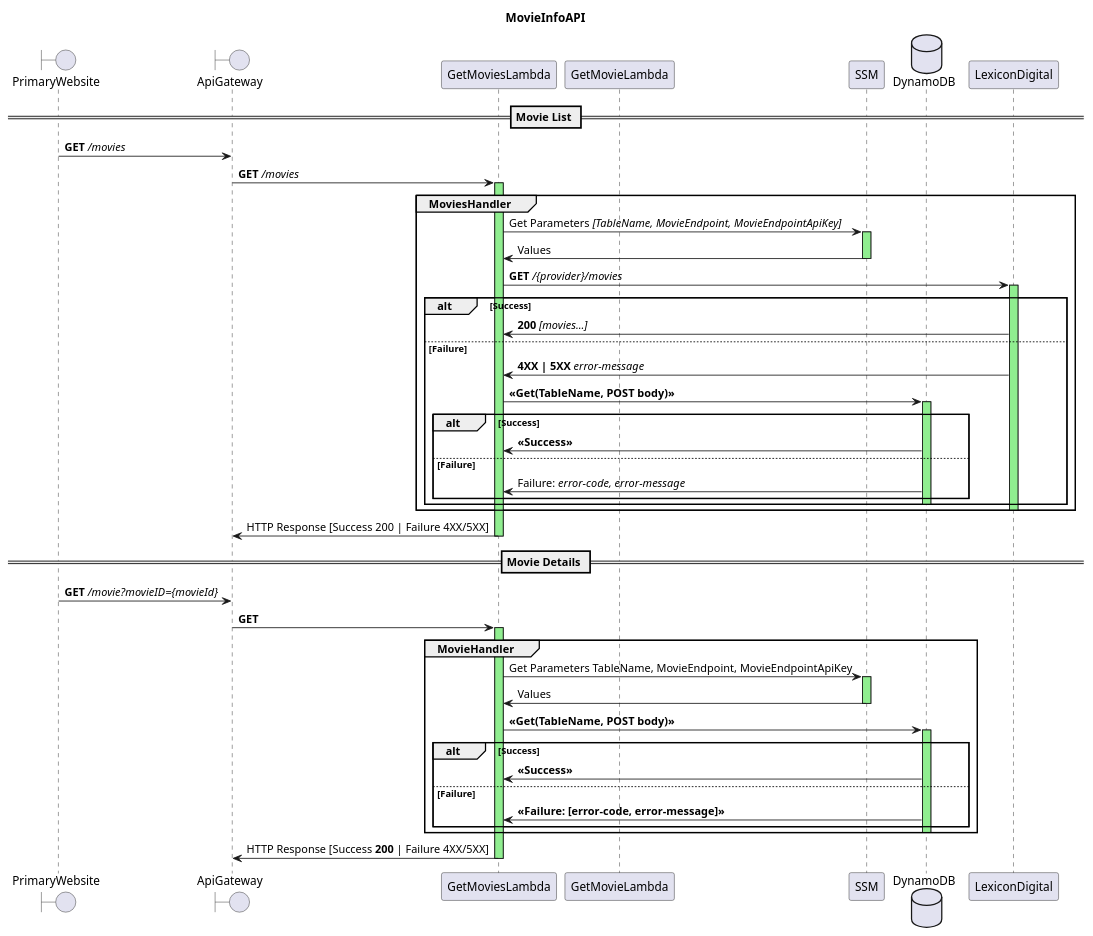
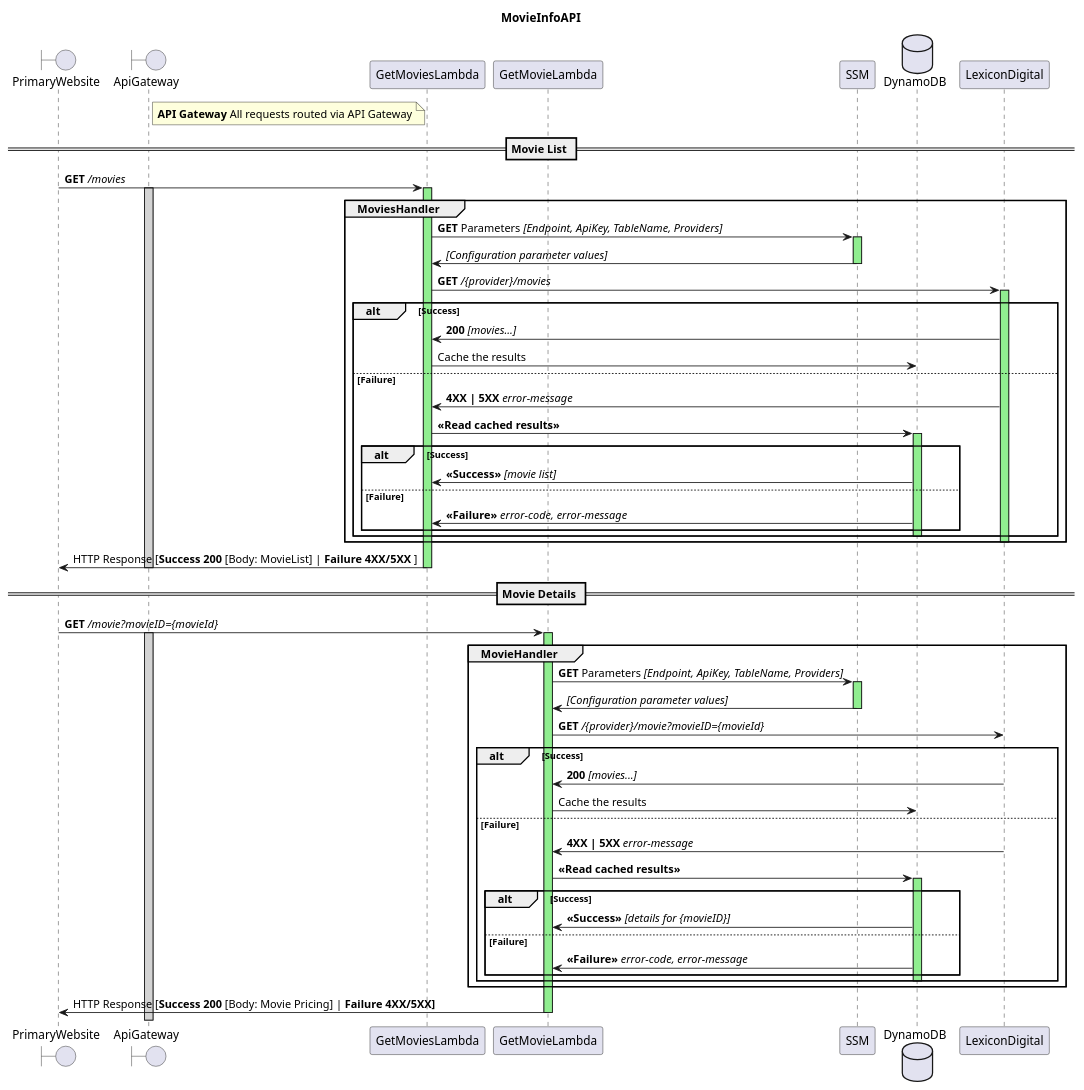
The diagram in sequence-diagram.puml (stephram/movie-info), drawn with PlantUML before and after one commit. The commit also changed 5 other files, not shown here.

```diff
--- a/sequence-diagram.puml
+++ b/sequence-diagram.puml
@@ -1,71 +1,82 @@
-@startuml get-movie-data-diagram
+@startuml sequence-diagram
 
 title MovieInfoAPI
 
 skinparam BoxPadding 50
 
 boundary PrimaryWebsite
 boundary ApiGateway
 participant GetMoviesLambda
 participant GetMovieLambda
 participant SSM
 database DynamoDB
 participant LexiconDigital
 
+note right of ApiGateway 
+**API Gateway** All requests routed via API Gateway
+end note
+
 == Movie List ==
-PrimaryWebsite -> ApiGateway : <b>GET</b> <i>/movies</i>
-ApiGateway -> GetMoviesLambda : <b>GET</b> <i>/movies</i>
-
+PrimaryWebsite -> GetMoviesLambda : <b>GET</b> <i>/movies</i>
+activate ApiGateway #LightGray
 activate GetMoviesLambda #LightGreen
 group MoviesHandler
-    GetMoviesLambda -> SSM : Get Parameters <i>[TableName, MovieEndpoint, MovieEndpointApiKey]</i>
+    GetMoviesLambda -> SSM : **GET** Parameters <i>[Endpoint, ApiKey, TableName, Providers]</i>
     activate SSM #LightGreen
-    GetMoviesLambda <- SSM : Values
+    GetMoviesLambda <- SSM : <i>[Configuration parameter values]</i>
     deactivate SSM
 
     GetMoviesLambda -> LexiconDigital : <b>GET</b> <i>/{provider}/movies</i>
     activate LexiconDigital #LightGreen
     alt Success
         GetMoviesLambda <- LexiconDigital : <b>200</b> <i>[movies...]</i>
+        GetMoviesLambda -> DynamoDB : Cache the results
     else Failure
         GetMoviesLambda <- LexiconDigital : <b>4XX | 5XX</b> <i>error-message</i>
-        GetMoviesLambda -> DynamoDB : **<< Get(TableName, POST body) >>**
+        GetMoviesLambda -> DynamoDB : **<< Read cached results >>**
         activate DynamoDB #LightGreen
         alt Success
-            GetMoviesLambda <- DynamoDB : **<< Success >>**
+            GetMoviesLambda <- DynamoDB : **<< Success >>** <i>[movie list]</i>
         else Failure
-            GetMoviesLambda <- DynamoDB : Failure: <i>error-code, error-message</i>
+            GetMoviesLambda <- DynamoDB : **<< Failure >>** <i>error-code, error-message</i>
         end
         deactivate DynamoDB
     end
     deactivate LexiconDigital
 end
-
-ApiGateway <- GetMoviesLambda : HTTP Response [Success 200 | Failure 4XX/5XX]
+PrimaryWebsite <- GetMoviesLambda : HTTP Response [**Success 200** [Body: MovieList] | **Failure 4XX/5XX **]
 deactivate GetMoviesLambda
+deactivate ApiGateway
 
 == Movie Details ==
 
-PrimaryWebsite -> ApiGateway : <b>GET</b> <i>/movie?movieID={movieId}</i>
-ApiGateway -> GetMoviesLambda : <b>GET</b>
+PrimaryWebsite -> GetMovieLambda : **GET** <i>/movie?movieID={movieId}</i>
+activate ApiGateway #LightGray
 
-activate GetMoviesLambda #LightGreen
+activate GetMovieLambda #LightGreen
 group MovieHandler
-    GetMoviesLambda -> SSM : Get Parameters TableName, MovieEndpoint, MovieEndpointApiKey
+    GetMovieLambda -> SSM : **GET** Parameters <i>[Endpoint, ApiKey, TableName, Providers]</i>
     activate SSM #LightGreen
-    GetMoviesLambda <- SSM : Values
+    GetMovieLambda <- SSM : <i>[Configuration parameter values]</i>
     deactivate SSM
 
-    GetMoviesLambda -> DynamoDB : **<< Get(TableName, POST body) >>**
-    activate DynamoDB #LightGreen
+    GetMovieLambda -> LexiconDigital : <b>GET</b> <i>/{provider}/movie?movieID={movieId}
     alt Success
-        GetMoviesLambda <- DynamoDB : **<< Success >>**
+        GetMovieLambda <- LexiconDigital : <b>200</b> <i>[movies...]</i>
+        GetMovieLambda -> DynamoDB : Cache the results
     else Failure
-        GetMoviesLambda <- DynamoDB : **<< Failure: [error-code, error-message] >>**
+        GetMovieLambda <- LexiconDigital : <b>4XX | 5XX</b> <i>error-message</i>
+        GetMovieLambda -> DynamoDB : **<< Read cached results >>**
+        activate DynamoDB #LightGreen
+        alt Success
+            GetMovieLambda <- DynamoDB : **<< Success >>** <i>[details for {movieID}]</i>
+        else Failure
+            GetMovieLambda <- DynamoDB : **<< Failure >>** <i>error-code, error-message</i>
+        end
+        deactivate DynamoDB
     end
-    deactivate DynamoDB
 end
-ApiGateway <- GetMoviesLambda : HTTP Response [Success <b>200</b> | Failure 4XX/5XX]
-deactivate GetMoviesLambda
+PrimaryWebsite <- GetMovieLambda : HTTP Response [**Success 200** [Body: Movie Pricing] | **Failure 4XX/5XX]**
+deactivate GetMovieLambda
 
 @enduml
```
